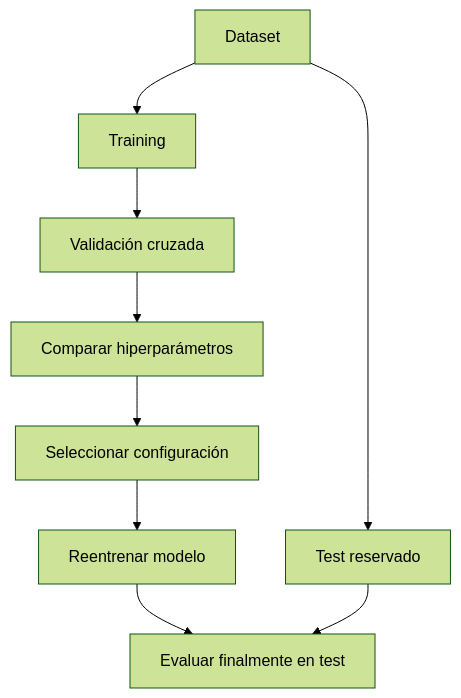
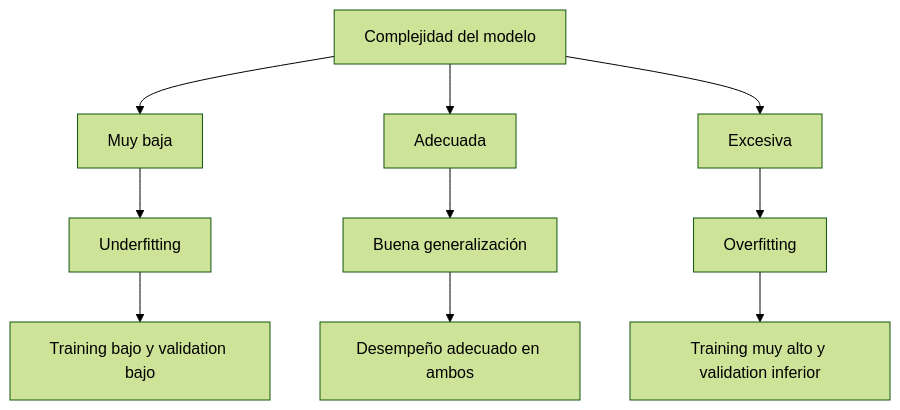
The third of 34 diagrams in Séptimo Semestre/Temas Selectos I/Segundo Parcial/8. Repaso Parcial.md (AxelIvanArroyoLara/Notes), drawn with Mermaid (forest theme) before and after one commit. The commit also changed other lines of this file and 1 other file, not shown here.

````diff
--- a/Séptimo Semestre/Temas Selectos I/Segundo Parcial/8. Repaso Parcial.md
+++ b/Séptimo Semestre/Temas Selectos I/Segundo Parcial/8. Repaso Parcial.md
@@ -586,11 +131,16 @@
 ```mermaid  
-flowchart TD  
-A["Dataset"] --> B["Training"]  
-A --> C["Test reservado"]  
-B --> D["Validación cruzada"]  
-D --> E["Comparar hiperparámetros"]  
-E --> F["Seleccionar configuración"]  
-F --> G["Reentrenar modelo"]  
-G --> H["Evaluar finalmente en test"]  
-C --> H  
+flowchart TB  
+A["Complejidad del modelo"]  
+  
+A --> B["Muy baja"]  
+A --> C["Adecuada"]  
+A --> D["Excesiva"]  
+  
+B --> E["Underfitting"]  
+C --> F["Buena generalización"]  
+D --> G["Overfitting"]  
+  
+E --> H["Training bajo y validation bajo"]  
+F --> I["Desempeño adecuado en ambos"]  
+G --> J["Training muy alto y validation inferior"]  
 ```  
````
